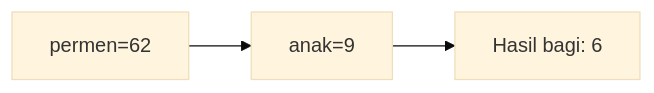
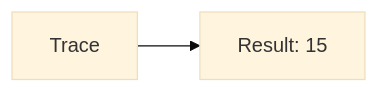
Before and after one commit to amnahwaida/OSNK_INF_PREP: the tenth of 25 diagrams in part-c-pemahaman-cpp/01-tipe-data/latihan/set-04.md, drawn with Mermaid (base theme). The commit also changed other lines of this file and 71 other files, not shown here.

````diff
--- a/part-c-pemahaman-cpp/01-tipe-data/latihan/set-04.md
+++ b/part-c-pemahaman-cpp/01-tipe-data/latihan/set-04.md
@@ -306,5 +211,4 @@
 ```mermaid
 graph LR
-A["permen=62"] --> B["anak=9"]
-B --> C["Hasil bagi: 6"]
+A[Trace] --> B[Result: 15]
 ```
````
